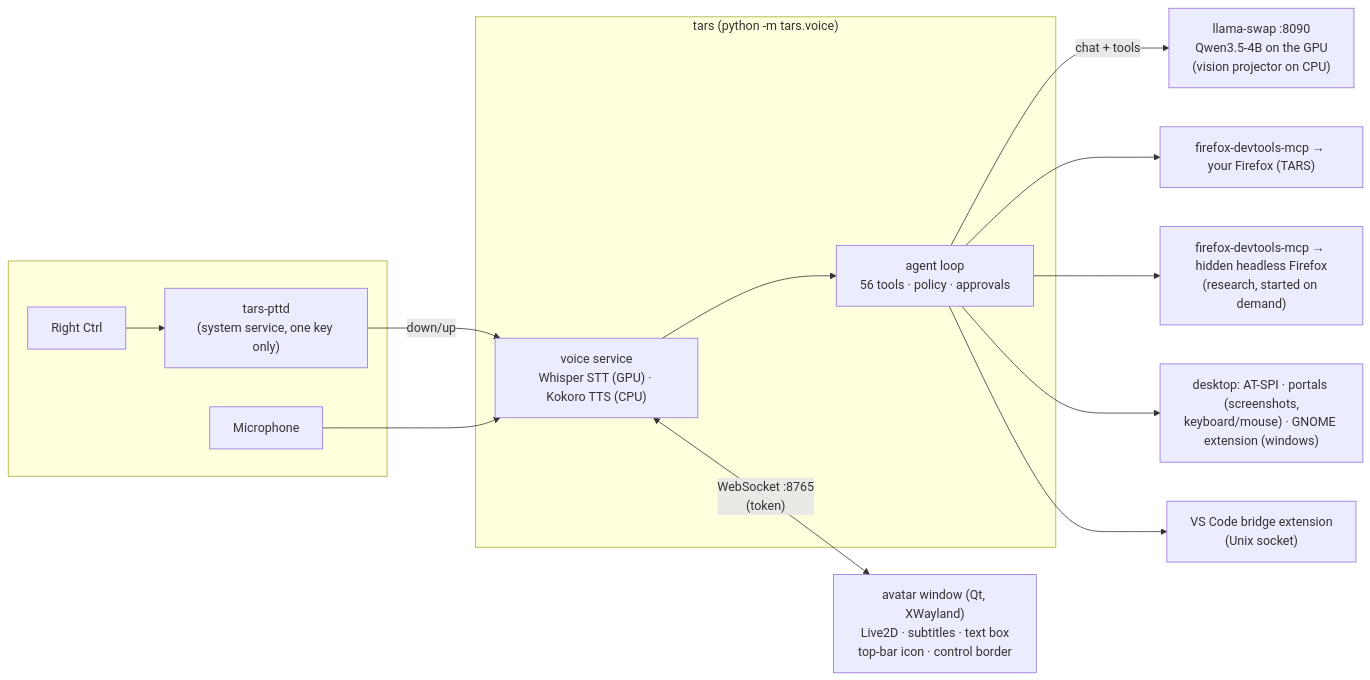
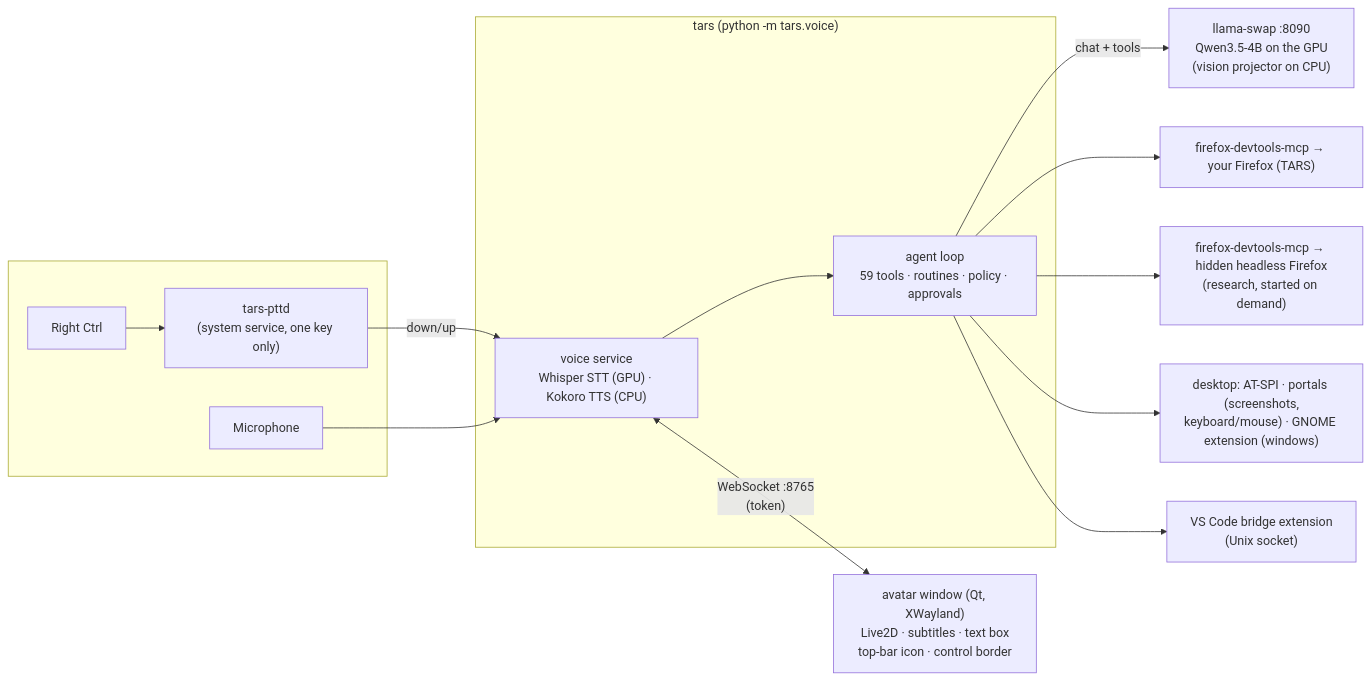
The diagram in docs/ARCHITECTURE.md (Ekansh0301/Voxd), drawn with Mermaid before and after one commit. The commit also changed other lines of this file and 5 other files, not shown here.

````diff
--- a/docs/ARCHITECTURE.md
+++ b/docs/ARCHITECTURE.md
@@ -8,18 +8,18 @@
 ```mermaid
 flowchart LR
   subgraph you[" "]
     key[Right Ctrl] --> pttd["tars-pttd<br/>(system service, one key only)"]
     mic[Microphone]
   end
   pttd -- down/up --> voice
   mic --> voice
   subgraph tars["tars (python -m tars.voice)"]
-    voice["voice service<br/>Whisper STT (GPU) · Kokoro TTS (CPU)"] --> agent["agent loop<br/>56 tools · policy · approvals"]
+    voice["voice service<br/>Whisper STT (GPU) · Kokoro TTS (CPU)"] --> agent["agent loop<br/>59 tools · routines · policy · approvals"]
   end
   agent -- chat + tools --> swap["llama-swap :8090<br/>Qwen3.5-4B on the GPU<br/>(vision projector on CPU)"]
   voice <-- "WebSocket :8765<br/>(token)" --> ui["avatar window (Qt, XWayland)<br/>Live2D · subtitles · text box<br/>top-bar icon · control border"]
   agent --> ff["firefox-devtools-mcp → your Firefox (TARS)"]
   agent --> bg["firefox-devtools-mcp → hidden headless Firefox<br/>(research, started on demand)"]
   agent --> desk["desktop: AT-SPI · portals (screenshots,<br/>keyboard/mouse) · GNOME extension (windows)"]
   agent --> code["VS Code bridge extension<br/>(Unix socket)"]
 ```
````
